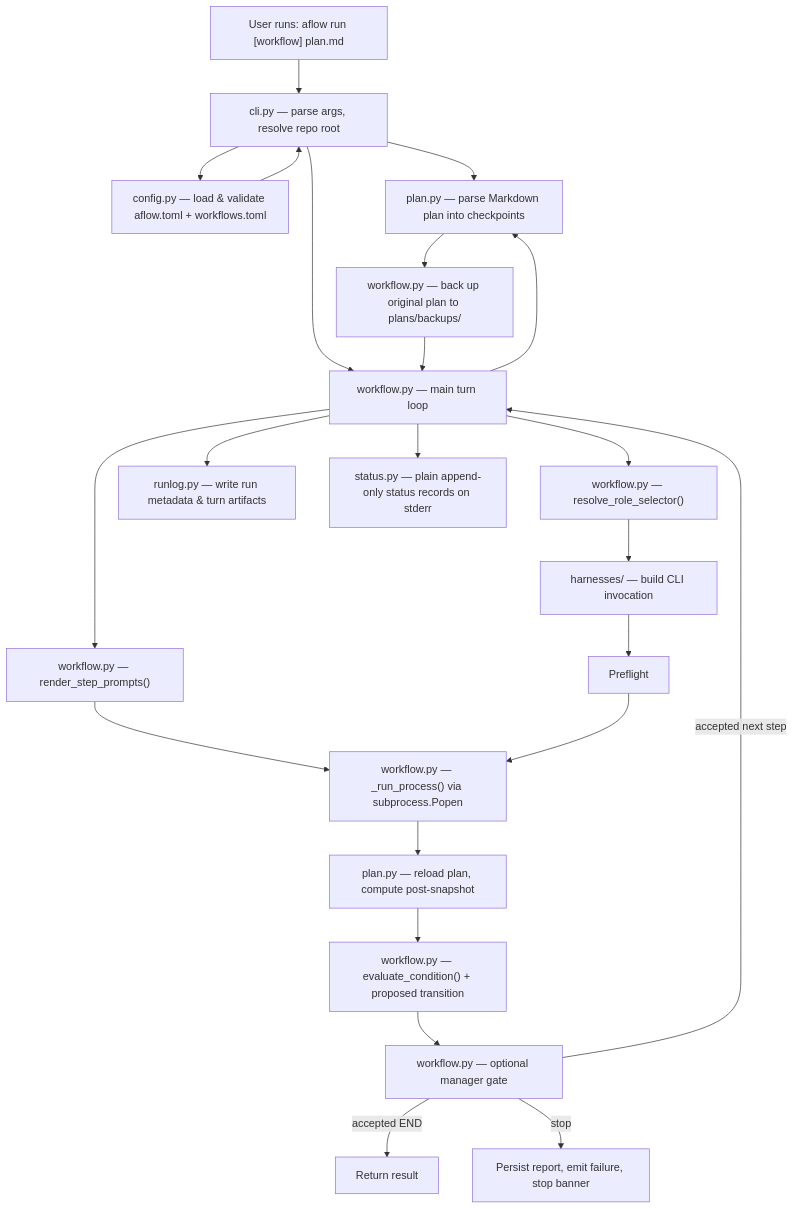
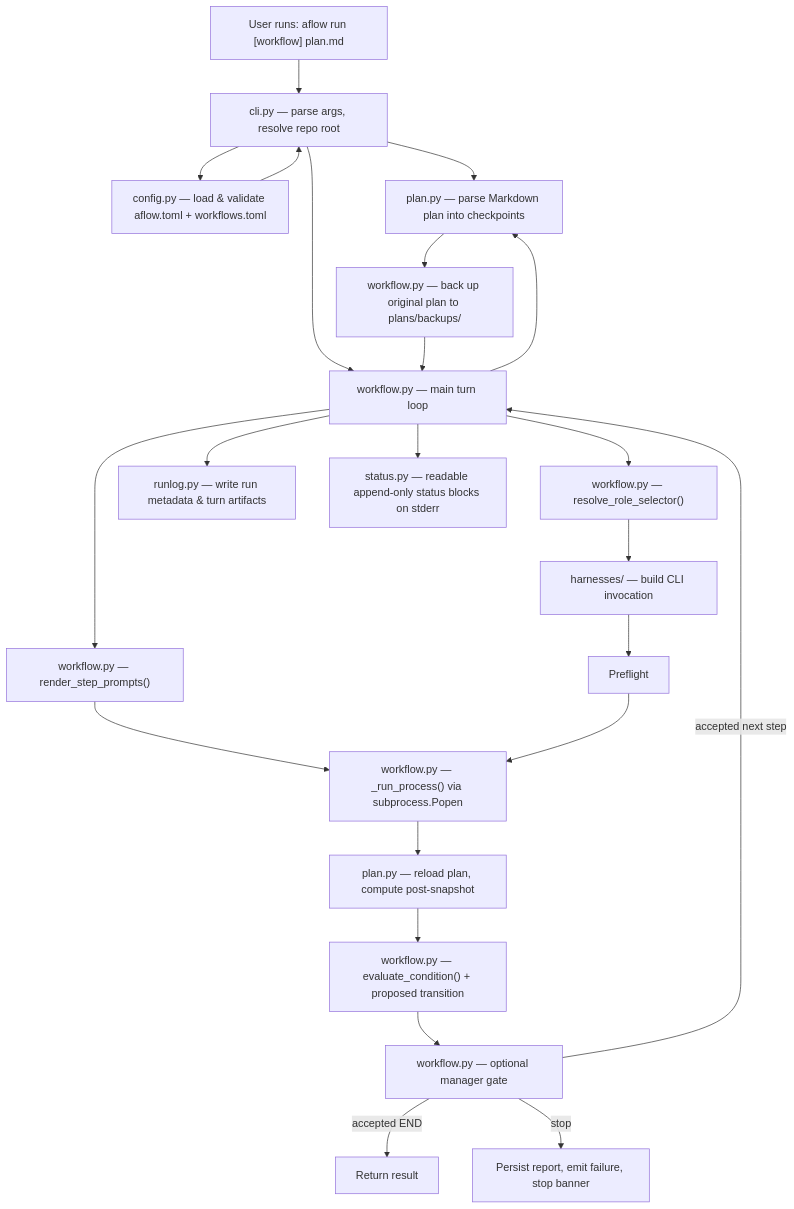
Before and after one commit to evrenesat/aworkflow: the diagram in ARCHITECTURE.md, drawn with Mermaid. The commit also changed other lines of this file and 9 other files, not shown here.

````diff
--- a/ARCHITECTURE.md
+++ b/ARCHITECTURE.md
@@ -56,41 +56,41 @@
 ```mermaid
 flowchart TD
     User["User runs: aflow run [workflow] plan.md"]
     CLI["cli.py — parse args, resolve repo root"]
     Config["config.py — load & validate aflow.toml + workflows.toml"]
     PlanParse["plan.py — parse Markdown plan into checkpoints"]
     Backup["workflow.py — back up original plan to plans/backups/"]
     WorkflowLoop["workflow.py — main turn loop"]
     PromptRender["workflow.py — render_step_prompts()"]
     Role["workflow.py — resolve_role_selector()"]
     Adapter["harnesses/ — build CLI invocation"]
     Subprocess["workflow.py — _run_process() via subprocess.Popen"]
     PlanReload["plan.py — reload plan, compute post-snapshot"]
     Transition["workflow.py — evaluate_condition() + proposed transition"]
     Manager["workflow.py — optional manager gate"]
     RunLog["runlog.py — write run metadata & turn artifacts"]
-    Banner["status.py — plain append-only status records on stderr"]
+    Banner["status.py — readable append-only status blocks on stderr"]
 
     User --> CLI
     CLI --> Config
     Config --> CLI
     CLI --> PlanParse
     CLI --> WorkflowLoop
     WorkflowLoop --> PlanParse
     PlanParse --> Backup
     Backup --> WorkflowLoop
     WorkflowLoop --> PromptRender
     WorkflowLoop --> Role
     Role --> Adapter
     PromptRender --> Subprocess
     Adapter --> Preflight
     Preflight --> Subprocess
     Subprocess --> PlanReload
     PlanReload --> Transition
     Transition --> Manager
     Manager -->|"accepted next step"| WorkflowLoop
     Manager -->|"accepted END"| Done["Return result"]
     Manager -->|"stop"| Stopped["Persist report, emit failure, stop banner"]
     WorkflowLoop --> RunLog
     WorkflowLoop --> Banner
 ```
````
